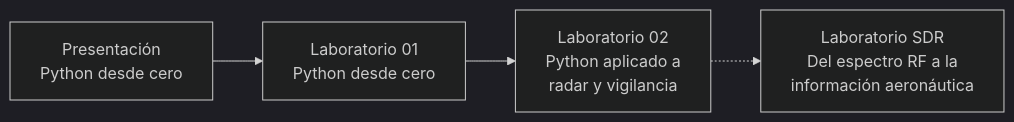
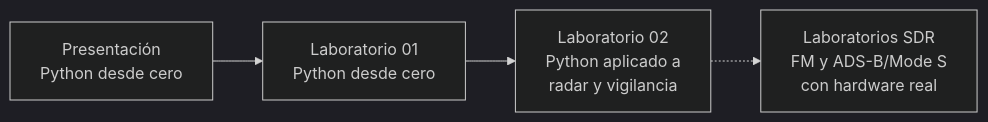
Before and after one commit to marcoteran/python-vigilancia-labs: the diagram in README.md, drawn with Mermaid (dark theme). The commit also changed other lines of this file and 46 other files, not shown here.

First line of the commit message:
Reconstruir los laboratorios SDR como dos prácticas de solo recepción

````diff
--- a/README.md
+++ b/README.md
@@ -75,6 +75,6 @@
 ```mermaid
 flowchart LR
     P["Presentación<br/>Python desde cero"] --> A["Laboratorio 01<br/>Python desde cero"]
     A --> B["Laboratorio 02<br/>Python aplicado a<br/>radar y vigilancia"]
-    B -.-> C["Laboratorio SDR<br/>Del espectro RF a la<br/>información aeronáutica"]
+    B -.-> C["Laboratorios SDR<br/>FM y ADS-B/Mode S<br/>con hardware real"]
 ```
````
